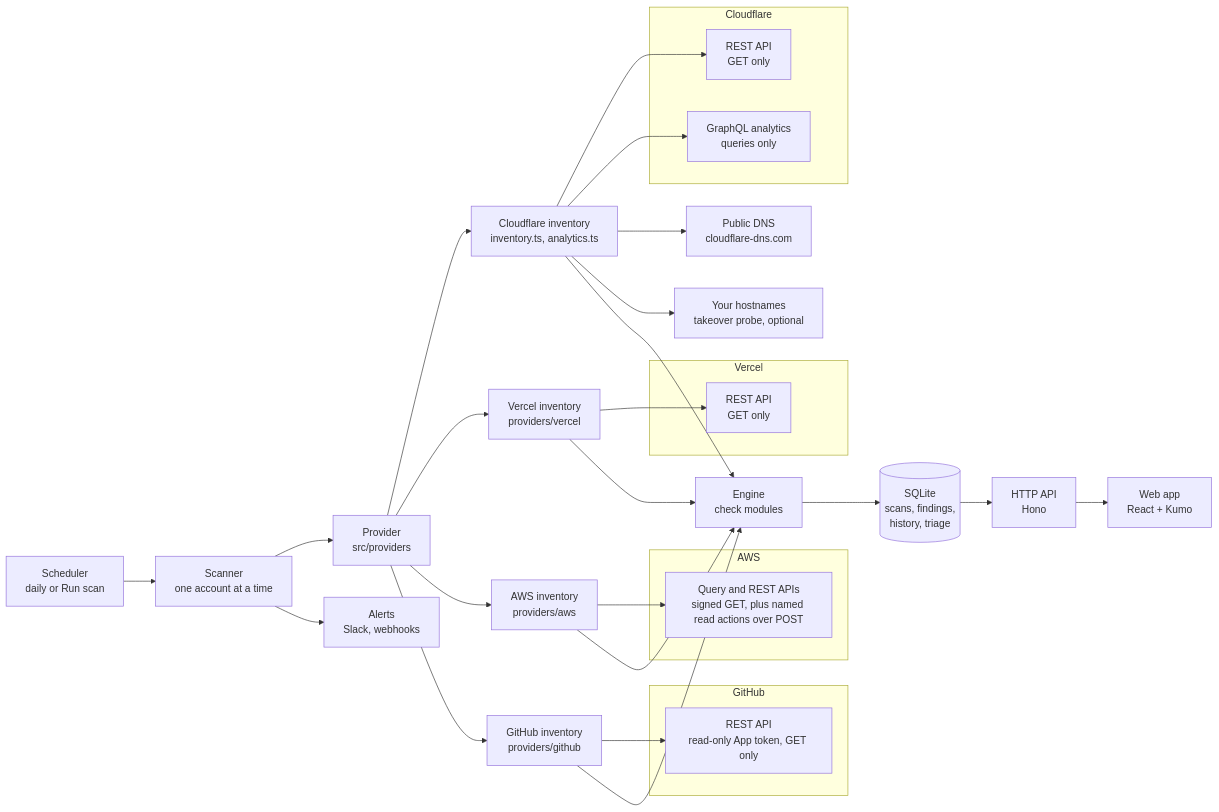
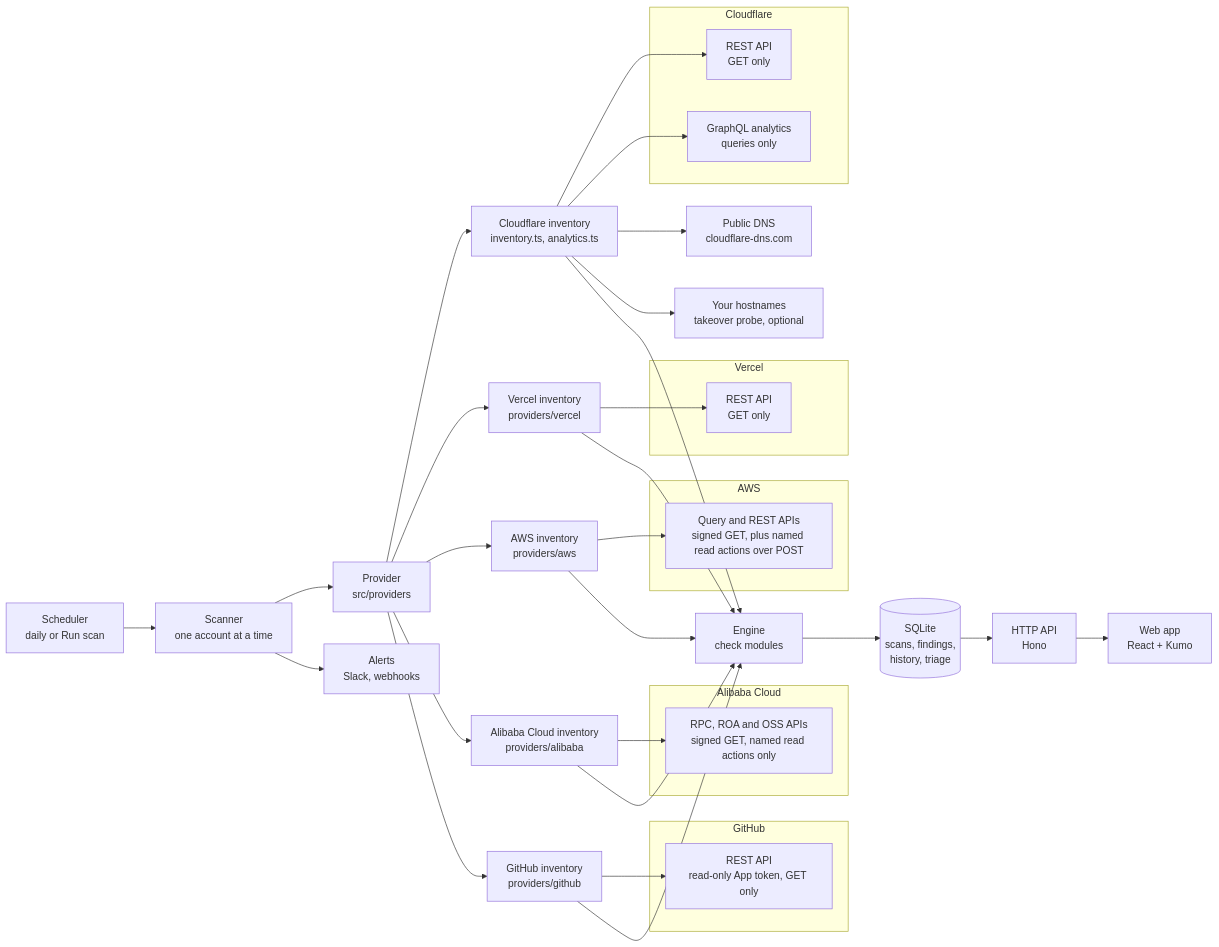
Before and after one commit to r4reetik/keelson: the diagram in docs/architecture.md, drawn with Mermaid. The commit also changed other lines of this file and 98 other files, not shown here.

First line of the commit message:
Add Alibaba Cloud, a page-based Add accounts flow, and show where each finding is in your infrastructure

````diff
--- a/docs/architecture.md
+++ b/docs/architecture.md
@@ -3,34 +3,39 @@
 ```mermaid
 flowchart LR
   subgraph Cloudflare
     REST[REST API<br/>GET only]
     GQL[GraphQL analytics<br/>queries only]
   end
   subgraph Vercel
     VREST[REST API<br/>GET only]
   end
   subgraph AWS
     AREST[Query and REST APIs<br/>signed GET, plus named read actions over POST]
   end
+  subgraph Alibaba Cloud
+    LREST[RPC, ROA and OSS APIs<br/>signed GET, named read actions only]
+  end
   subgraph GitHub
     GREST[REST API<br/>read-only App token, GET only]
   end
   DOH[Public DNS<br/>cloudflare-dns.com]
   HOSTS[Your hostnames<br/>takeover probe, optional]
 
   SCH[Scheduler<br/>daily or Run scan] --> SC[Scanner<br/>one account at a time]
   SC --> PROV[Provider<br/>src/providers]
   PROV --> INV[Cloudflare inventory<br/>inventory.ts, analytics.ts]
   PROV --> VINV[Vercel inventory<br/>providers/vercel]
   PROV --> AINV[AWS inventory<br/>providers/aws]
+  PROV --> LINV[Alibaba Cloud inventory<br/>providers/alibaba]
   PROV --> GINV[GitHub inventory<br/>providers/github]
   INV --> REST & GQL & DOH & HOSTS
   VINV --> VREST
   AINV --> AREST
+  LINV --> LREST
   GINV --> GREST
-  INV & VINV & AINV & GINV --> ENG[Engine<br/>check modules]
+  INV & VINV & AINV & LINV & GINV --> ENG[Engine<br/>check modules]
   ENG --> DB[(SQLite<br/>scans, findings,<br/>history, triage)]
   DB --> API[HTTP API<br/>Hono]
   API --> WEB[Web app<br/>React + Kumo]
   SC --> NOTIFY[Alerts<br/>Slack, webhooks]
 ```
````
